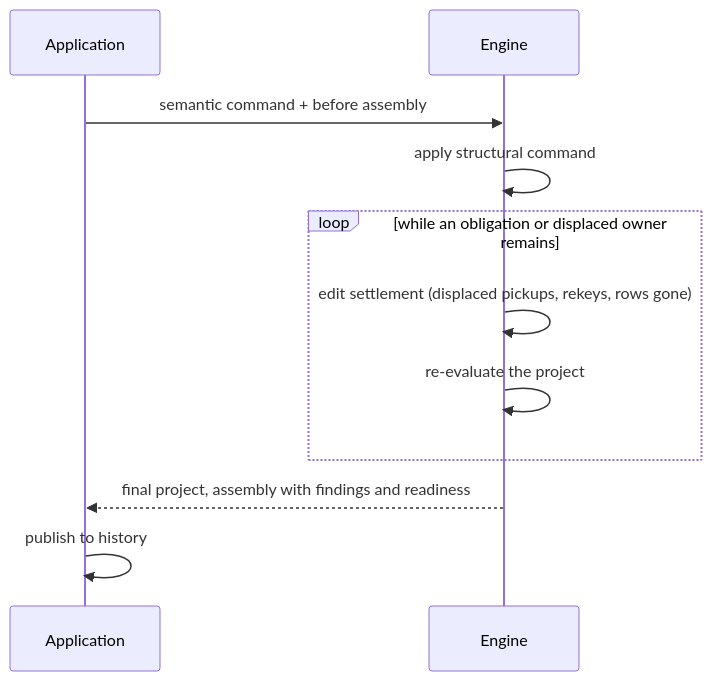
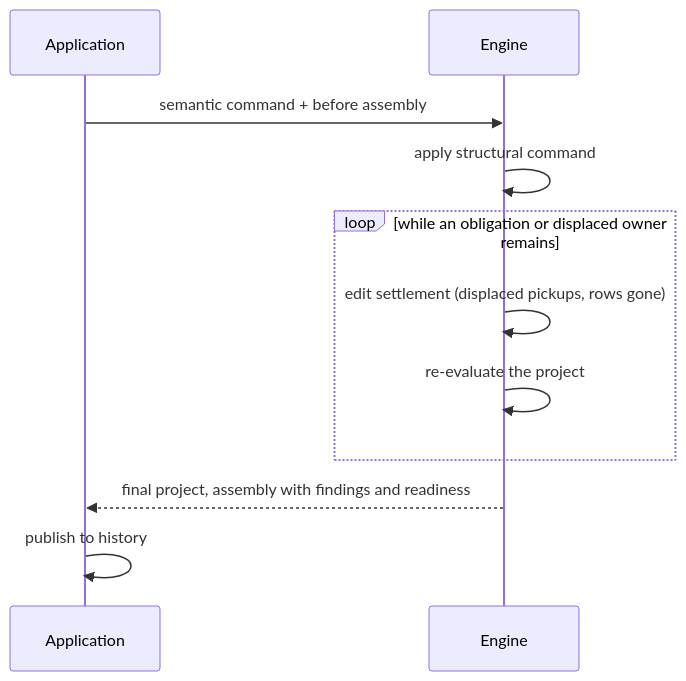
One commit to maybe-adamant/RunPlanner changed the second of 2 diagrams in docs/design/SIMULATION_AND_VALIDATION.md. Above: the diagram before and after it, drawn with Mermaid. The commit also changed other lines of this file and 4 other files, not shown here.

````diff
--- a/docs/design/SIMULATION_AND_VALIDATION.md
+++ b/docs/design/SIMULATION_AND_VALIDATION.md
@@ -134,13 +134,13 @@
 ```mermaid
 sequenceDiagram
   participant App as Application
   participant Eng as Engine
   App->>Eng: semantic command + before assembly
   Eng->>Eng: apply structural command
   loop while an obligation or displaced owner remains
-    Eng->>Eng: edit settlement (displaced pickups, rekeys, rows gone)
+    Eng->>Eng: edit settlement (displaced pickups, rows gone)
     Eng->>Eng: re-evaluate the project
   end
   Eng-->>App: final project, assembly with findings and readiness
   App->>App: publish to history
 ```
````
